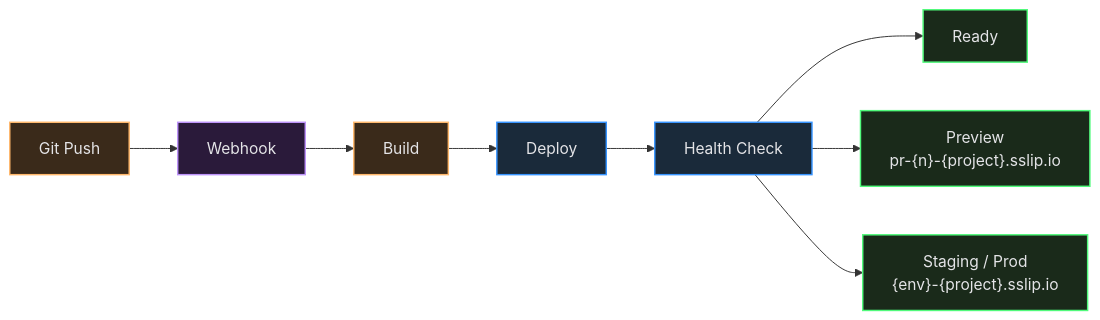
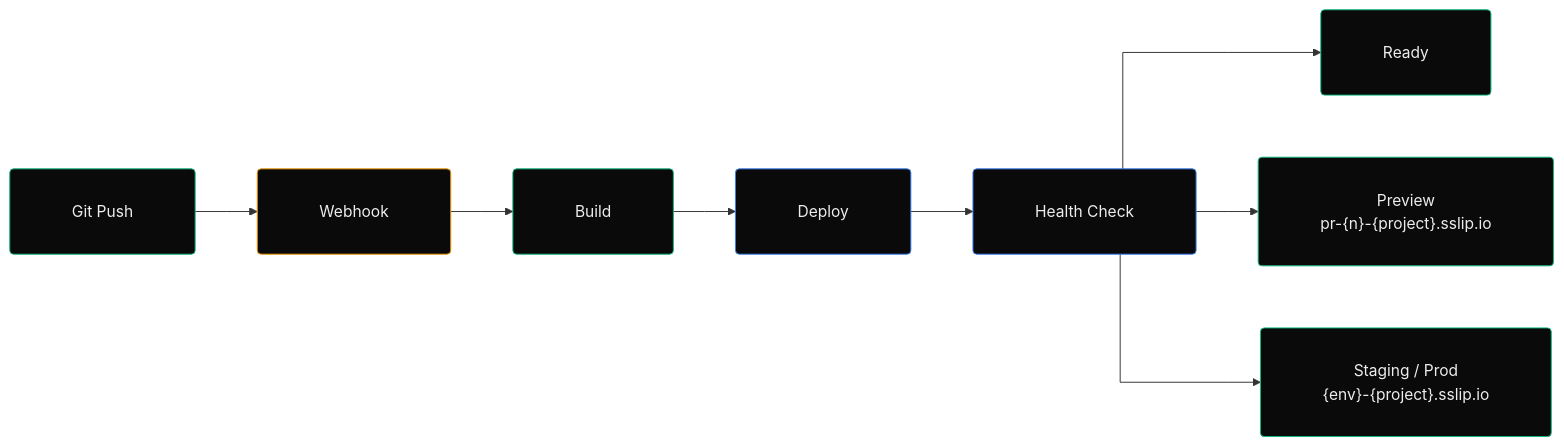
Before and after one commit to Mpratyush54/caps-platform: the first of 2 diagrams in platform/portal/public/docs/getting-started/deploy-your-app.md, drawn with Mermaid. The commit also changed other lines of this file and 8 other files, not shown here.

````diff
--- a/platform/portal/public/docs/getting-started/deploy-your-app.md
+++ b/platform/portal/public/docs/getting-started/deploy-your-app.md
@@ -7,25 +7,26 @@
 ```mermaid
+%%{init: {"flowchart": {"curve": "stepBefore", "padding": 32, "nodeSpacing": 64, "rankSpacing": 64}}}%%
 graph LR
 
-    classDef action fill:#3a2a1a,stroke:#ffb86c,stroke-width:1.5px,color:#e4e4e7;
-    classDef external fill:#2a1a3a,stroke:#bd93f9,stroke-width:1.5px,color:#e4e4e7;
-    classDef platform fill:#1a2a3a,stroke:#3794ff,stroke-width:1.5px,color:#e4e4e7;
-    classDef code fill:#1a2a1a,stroke:#50fa7b,stroke-width:1.5px,color:#e4e4e7;
+    classDef action fill:#0a0a0a,stroke:#10b981,stroke-width:1px,color:#ededed,rx:4px;
+    classDef external fill:#0a0a0a,stroke:#f59e0b,stroke-width:1px,color:#ededed,rx:4px;
+    classDef platform fill:#0a0a0a,stroke:#3b82f6,stroke-width:1px,color:#ededed,rx:4px;
+    classDef code fill:#0a0a0a,stroke:#10b981,stroke-width:1px,color:#ededed,rx:4px;
 
     Git["Git Push"]:::action
     Webhook["Webhook"]:::external
     Build["Build"]:::action
     Deploy["Deploy"]:::platform
     Health["Health Check"]:::platform
     Ready["Ready"]:::code
     Preview["Preview<br/>pr-{n}-{project}.sslip.io"]:::code
     Staging["Staging / Prod<br/>{env}-{project}.sslip.io"]:::code
 
     Git --> Webhook
     Webhook --> Build
     Build --> Deploy
     Deploy --> Health
     Health --> Ready
     Health --> Preview
     Health --> Staging
 ```
````
